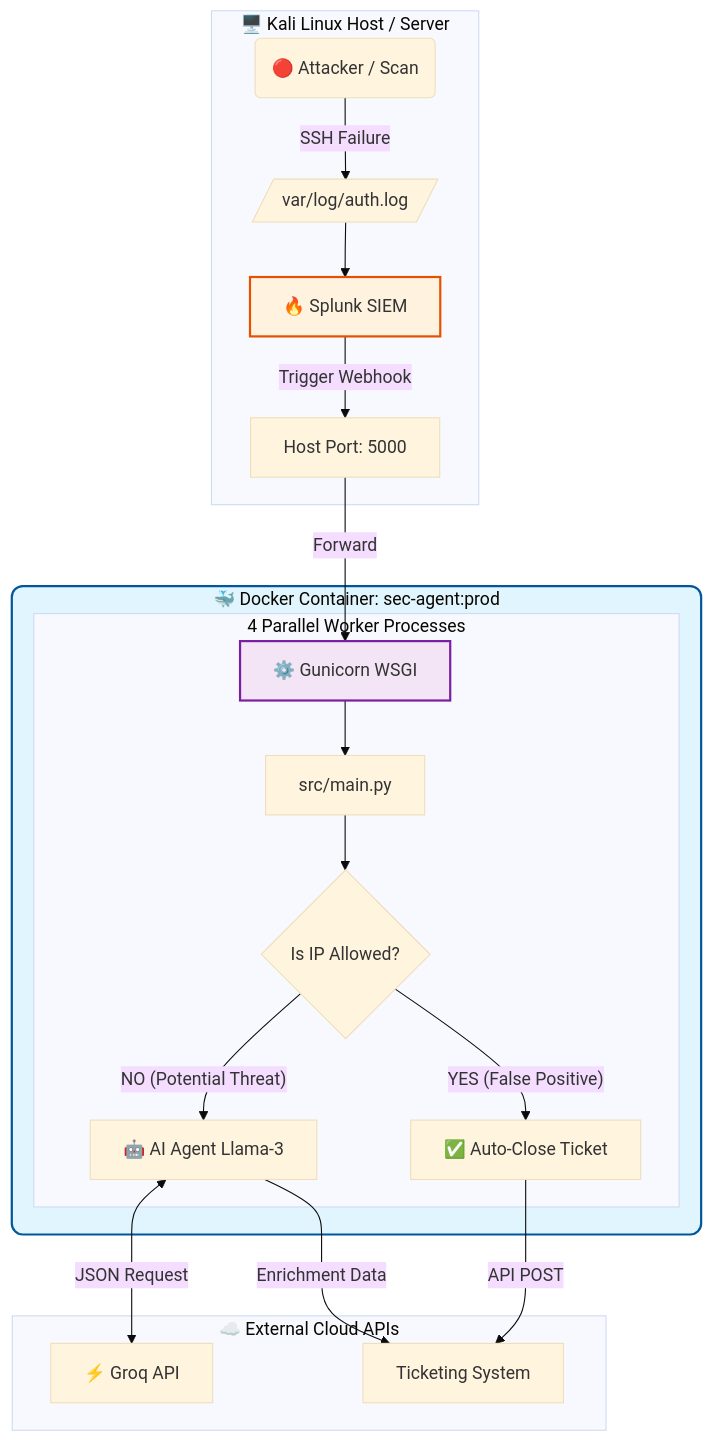
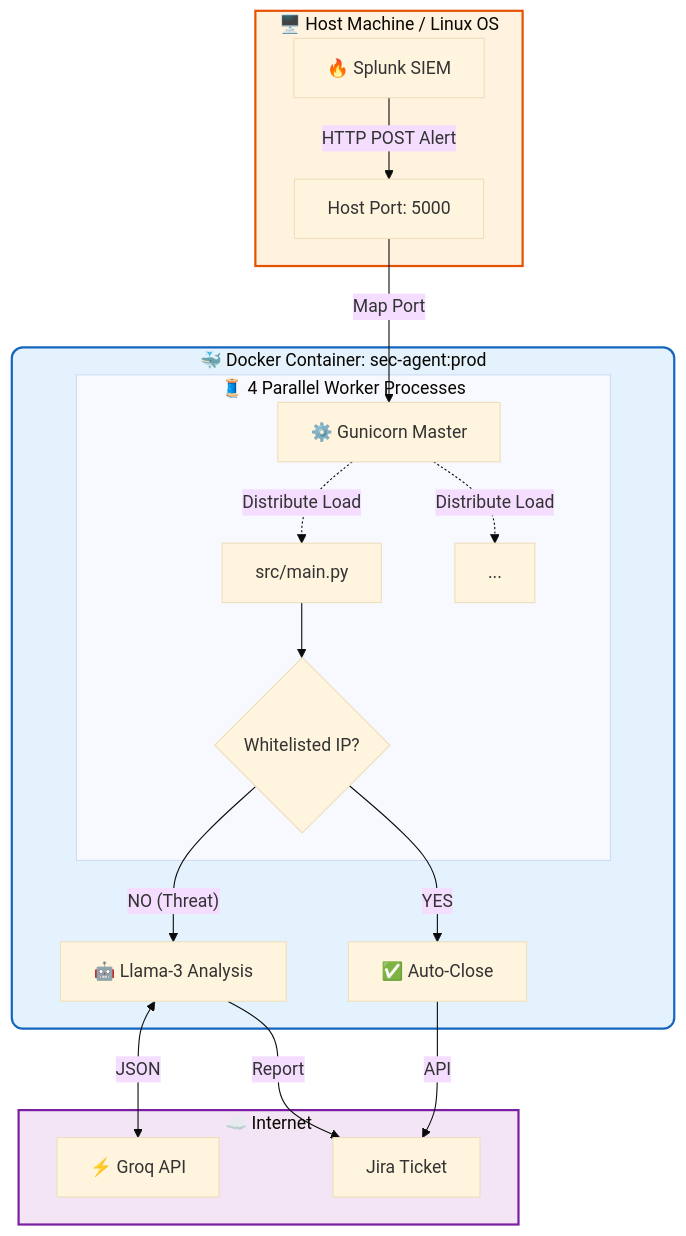
The diagram in README.md (Naifnizami/AI-Security-Analyst-Agent), drawn with Mermaid (base theme) before and after one commit. The commit also changed other lines of this file, not shown here.

Commit message:
Refine README content and system data flow diagram
Updated README to improve clarity and structure of system data flow.

````diff
--- a/README.md
+++ b/README.md
@@ -108,30 +107,35 @@
 ```mermaid
 graph TD
-    subgraph Host_Environment [🖥️ Kali Linux Host / Server]
-        Attacker(🔴 Attacker / Scan) -->|SSH Failure| AuthLog[/var/log/auth.log/]
-        AuthLog --> Splunk[🔥 Splunk SIEM]
-        Splunk -->|Trigger Webhook| LocalPort[Host Port: 5000]
+    %% Define styles for clarity
+    classDef docker fill:#e3f2fd,stroke:#1565c0,stroke-width:2px,rx:10;
+    classDef host fill:#fff3e0,stroke:#e65100,stroke-width:2px;
+    classDef external fill:#f3e5f5,stroke:#7b1fa2,stroke-width:2px;
+
+    subgraph Host_Environment [🖥️ Host Machine / Linux OS]
+        Splunk[🔥 Splunk SIEM] -->|HTTP POST Alert| DockerPort[Host Port: 5000]
     end
 
     subgraph Docker_Container [🐳 Docker Container: sec-agent:prod]
-        LocalPort -->|Forward| Gunicorn[⚙️ Gunicorn WSGI]
+        DockerPort -->|Map Port| GunicornMaster[⚙️ Gunicorn Master]
         
-        subgraph Workers [4 Parallel Worker Processes]
-            Gunicorn --> FlaskApp[src/main.py]
-            FlaskApp --> Logic{Is IP Allowed?}
+        subgraph Workers [🧵 4 Parallel Worker Processes]
+            GunicornMaster -.->|Distribute Load| FlaskApp1[src/main.py]
+            GunicornMaster -.->|Distribute Load| FlaskApp2[...]
             
-            Logic -- YES (False Positive) --> AutoClose[✅ Auto-Close Ticket]
-            Logic -- NO (Potential Threat) --> Agent[🤖 AI Agent Llama-3]
+            FlaskApp1 --> Logic{Whitelisted IP?}
         end
+        
+        Logic -- YES --> AutoClose[✅ Auto-Close]
+        Logic -- NO (Threat) --> AI[🤖 Llama-3 Analysis]
     end
 
-    subgraph Cloud_Services [☁️ External Cloud APIs]
-        Agent <-->|JSON Request| GroqAPI[⚡ Groq API]
-        AutoClose -->|API POST| Jira[Ticketing System]
-        Agent -->|Enrichment Data| Jira
+    subgraph External_Cloud [☁️ Internet]
+        AI <-->|JSON| GroqAPI[⚡ Groq API]
+        AutoClose -->|API| Jira[Jira Ticket]
+        AI -->|Report| Jira
     end
 
-    style Docker_Container fill:#e1f5fe,stroke:#01579b,stroke-width:2px,rx:10
-    style Splunk fill:#fff3e0,stroke:#e65100,stroke-width:2px
-    style Gunicorn fill:#f3e5f5,stroke:#7b1fa2,stroke-width:2px
-   ```
+    class Host_Environment host;
+    class Docker_Container docker;
+    class External_Cloud external;
+```
````
